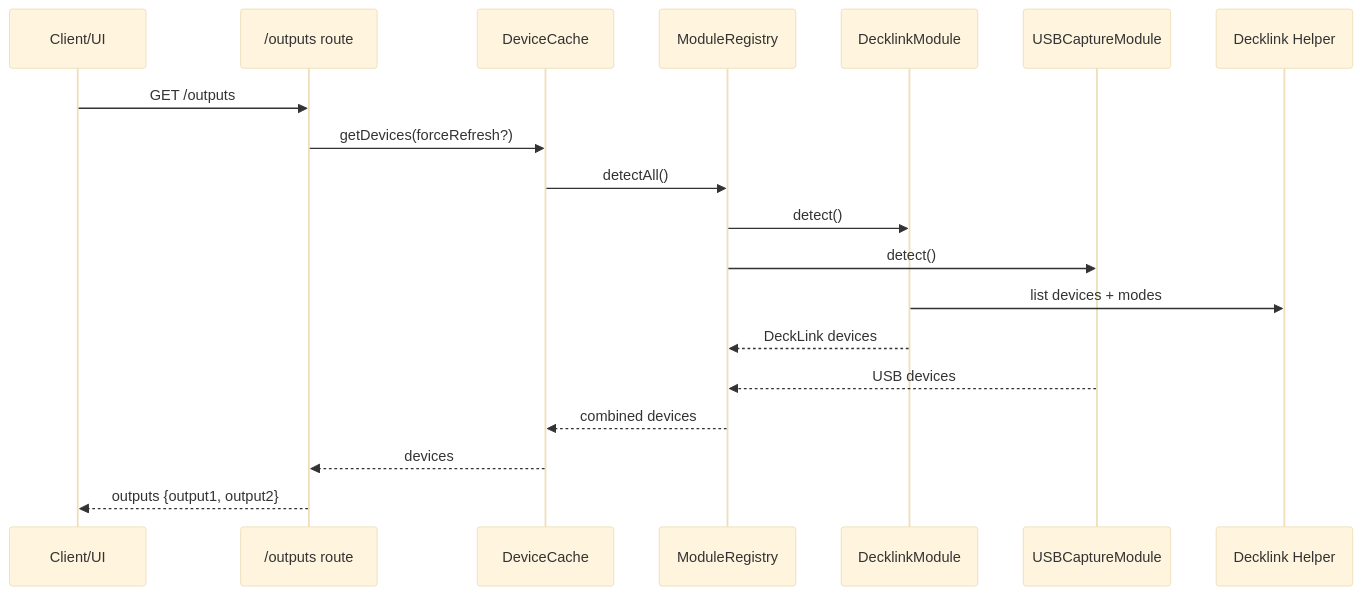
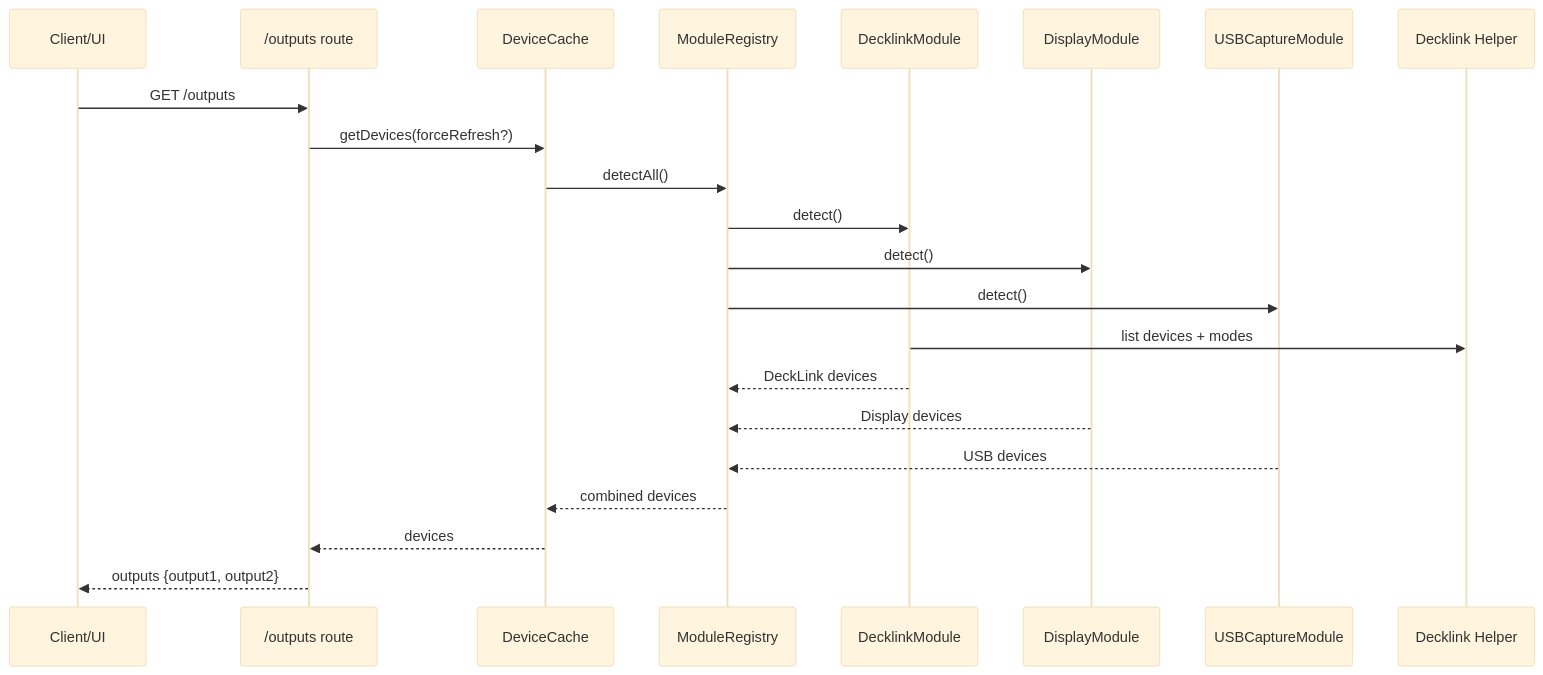
Before and after one commit to pivotrecruiting/broadify-bridge: the diagram in docs/bridge/subsystems/device-discovery.md, drawn with Mermaid (base theme). The commit also changed other lines of this file and 16 other files, not shown here.

````diff
--- a/docs/bridge/subsystems/device-discovery.md
+++ b/docs/bridge/subsystems/device-discovery.md
@@ -22,22 +23,25 @@
 ```mermaid
 sequenceDiagram
   participant UI as Client/UI
   participant Outputs as /outputs route
   participant Cache as DeviceCache
   participant Registry as ModuleRegistry
   participant Decklink as DecklinkModule
+  participant Display as DisplayModule
   participant USB as USBCaptureModule
   participant Helper as Decklink Helper
 
   UI->>Outputs: GET /outputs
   Outputs->>Cache: getDevices(forceRefresh?)
   Cache->>Registry: detectAll()
   Registry->>Decklink: detect()
+  Registry->>Display: detect()
   Registry->>USB: detect()
   Decklink->>Helper: list devices + modes
   Decklink-->>Registry: DeckLink devices
+  Display-->>Registry: Display devices
   USB-->>Registry: USB devices
   Registry-->>Cache: combined devices
   Cache-->>Outputs: devices
   Outputs-->>UI: outputs {output1, output2}
 ```
````
